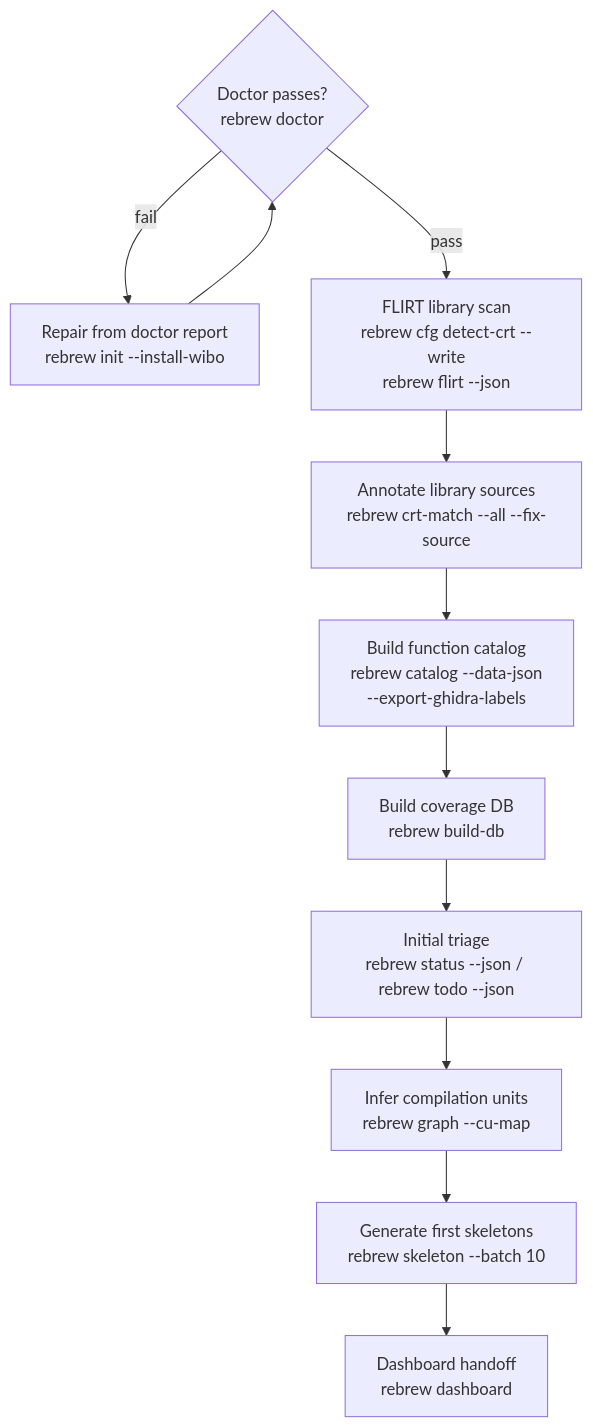
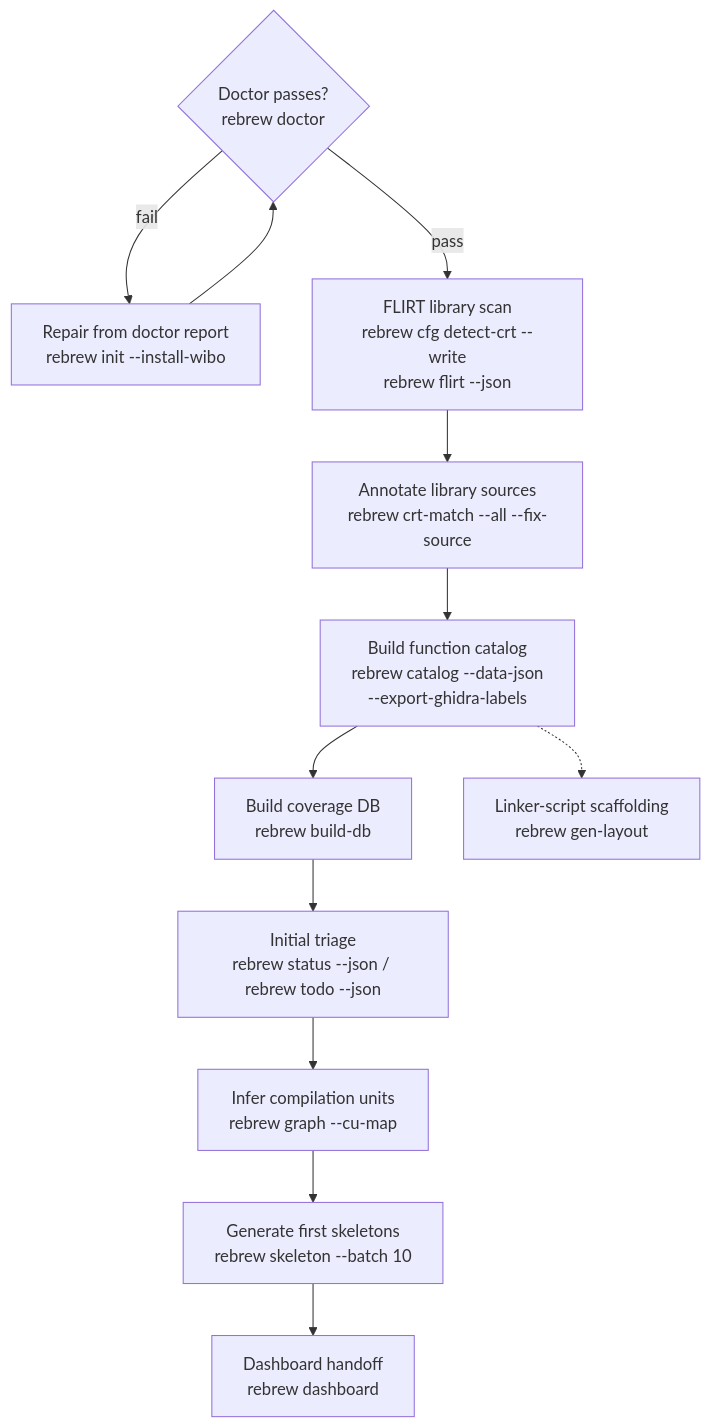
The diagram in src/rebrew/agent-skills/rebrew-intake/SKILL.md (maci0/rebrew), drawn with Mermaid before and after one commit. The commit also changed other lines of this file and 84 other files, not shown here.

First line of the commit message:
feat: interactive init onboarding wizard, gen-layout/link-sweep/postlink toolchain, fixup/struct_recover tools

````diff
--- a/src/rebrew/agent-skills/rebrew-intake/SKILL.md
+++ b/src/rebrew/agent-skills/rebrew-intake/SKILL.md
@@ -7,13 +7,14 @@
 ```mermaid
 graph TD
     Doctor{Doctor passes?<br/>rebrew doctor} -->|fail| Fix[Repair from doctor report<br/>rebrew init --install-wibo]
     Fix --> Doctor
     Doctor -->|pass| Flirt[FLIRT library scan<br/>rebrew cfg detect-crt --write<br/>rebrew flirt --json]
     Flirt --> CrtMatch[Annotate library sources<br/>rebrew crt-match --all --fix-source]
     CrtMatch --> Catalog[Build function catalog<br/>rebrew catalog --data-json<br/>--export-ghidra-labels]
     Catalog --> BuildDb[Build coverage DB<br/>rebrew build-db]
     BuildDb --> Triage[Initial triage<br/>rebrew status --json / rebrew todo --json]
     Triage --> CuMap[Infer compilation units<br/>rebrew graph --cu-map]
     CuMap --> Skeleton[Generate first skeletons<br/>rebrew skeleton --batch 10]
     Skeleton --> Dashboard[Dashboard handoff<br/>rebrew dashboard]
+    Catalog -.-> Layout[Linker-script scaffolding<br/>rebrew gen-layout]
 ```
````
